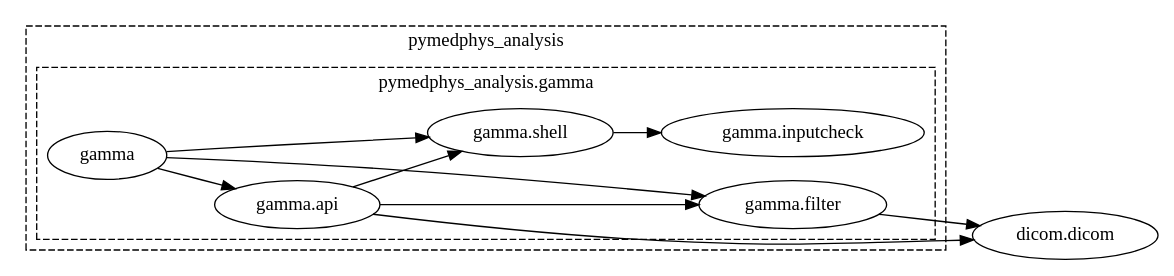
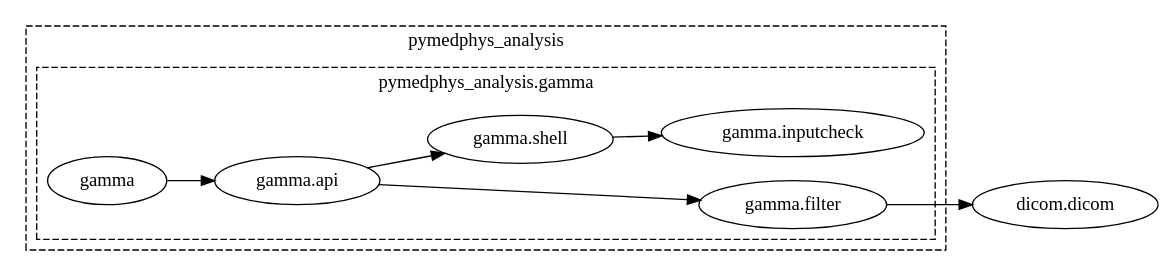
The diagram in docs/graphs/pymedphys_analysis.gamma.dot (pymedphys/pymedphys), drawn with Graphviz before and after one commit. The commit also changed 49 other files, not shown here.

Commit message:
make graph draw be compatible with windows

```diff
--- a/docs/graphs/pymedphys_analysis.gamma.dot
+++ b/docs/graphs/pymedphys_analysis.gamma.dot
@@ -1,40 +1,34 @@
-strict digraph  {
-    rankdir = LR;
-
-    subgraph cluster_0 {
-        
-        label = "pymedphys_analysis";
-        style = dashed;
-
-        subgraph cluster_1 {
-            { rank = same; "pymedphys_analysis.gamma.filter"; "pymedphys_analysis.gamma.inputcheck"; }
-            { rank = same; "pymedphys_analysis.gamma.shell"; }
-            { rank = same; "pymedphys_analysis.gamma.api"; }
-            { rank = same; "pymedphys_analysis.gamma"; }
-
-            label = "pymedphys_analysis.gamma"
-        }
-    }
-
-    "pymedphys_analysis.gamma" [label="gamma"];
-    "pymedphys_analysis.gamma.api" [label="gamma.api"];
-    "pymedphys_analysis.gamma.filter" [label="gamma.filter"];
-    "pymedphys_analysis.gamma.inputcheck" [label="gamma.inputcheck"];
-    "pymedphys_analysis.gamma.shell" [label="gamma.shell"];
-    "pymedphys_dicom.dicom" [label="dicom.dicom"];
-
-    "pymedphys_analysis.gamma" -> "pymedphys_analysis.gamma.api";
-    "pymedphys_analysis.gamma" -> "pymedphys_analysis.gamma.filter";
-    "pymedphys_analysis.gamma" -> "pymedphys_analysis.gamma.shell";
-    "pymedphys_analysis.gamma.api" -> "pymedphys_analysis.gamma.filter";
-    "pymedphys_analysis.gamma.api" -> "pymedphys_analysis.gamma.shell";
-    "pymedphys_analysis.gamma.api" -> "pymedphys_dicom.dicom";
-    "pymedphys_analysis.gamma" -> "pymedphys_analysis.gamma.api";
-    "pymedphys_analysis.gamma.filter" -> "pymedphys_dicom.dicom";
-    "pymedphys_analysis.gamma" -> "pymedphys_analysis.gamma.filter";
-    "pymedphys_analysis.gamma.api" -> "pymedphys_analysis.gamma.filter";
-    "pymedphys_analysis.gamma.shell" -> "pymedphys_analysis.gamma.inputcheck";
-    "pymedphys_analysis.gamma.shell" -> "pymedphys_analysis.gamma.inputcheck";
-    "pymedphys_analysis.gamma" -> "pymedphys_analysis.gamma.shell";
-    "pymedphys_analysis.gamma.api" -> "pymedphys_analysis.gamma.shell";
+strict digraph {
+	graph [rankdir=LR];
+	subgraph cluster_0 {
+		graph [label=pymedphys_analysis,
+			style=dashed
+		];
+		subgraph cluster_1 {
+			graph [label="pymedphys_analysis.gamma"];
+			{
+				graph [rank=same];
+				"pymedphys_analysis.gamma.filter"				 [label="gamma.filter"];
+				"pymedphys_analysis.gamma.inputcheck"				 [label="gamma.inputcheck"];
+			}
+			{
+				graph [rank=same];
+				"pymedphys_analysis.gamma.shell"				 [label="gamma.shell"];
+			}
+			{
+				graph [rank=same];
+				"pymedphys_analysis.gamma.api"				 [label="gamma.api"];
+			}
+			{
+				graph [rank=same];
+				"pymedphys_analysis.gamma"				 [label=gamma];
+			}
+		}
+	}
+	"pymedphys_dicom.dicom"	 [label="dicom.dicom"];
+	"pymedphys_analysis.gamma.filter" -> "pymedphys_dicom.dicom";
+	"pymedphys_analysis.gamma.shell" -> "pymedphys_analysis.gamma.inputcheck";
+	"pymedphys_analysis.gamma.api" -> "pymedphys_analysis.gamma.filter";
+	"pymedphys_analysis.gamma.api" -> "pymedphys_analysis.gamma.shell";
+	"pymedphys_analysis.gamma" -> "pymedphys_analysis.gamma.api";
 }
```
